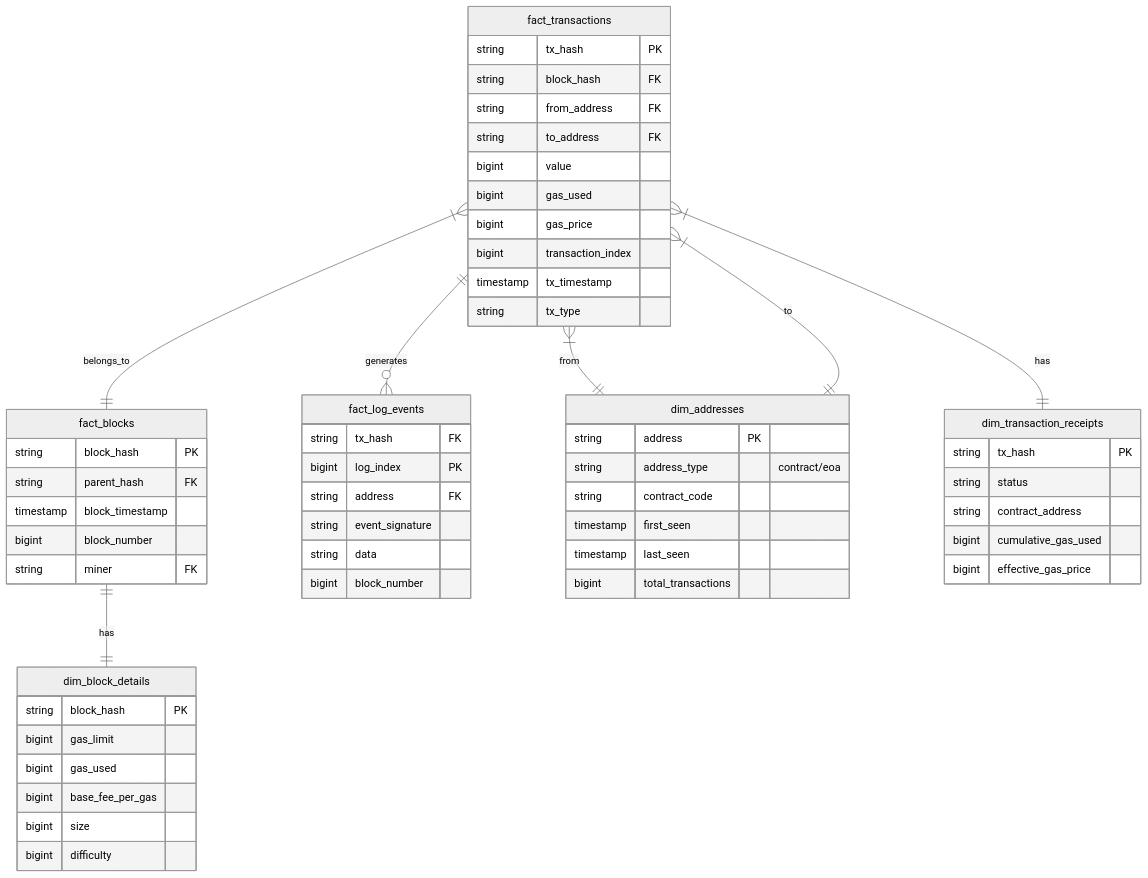
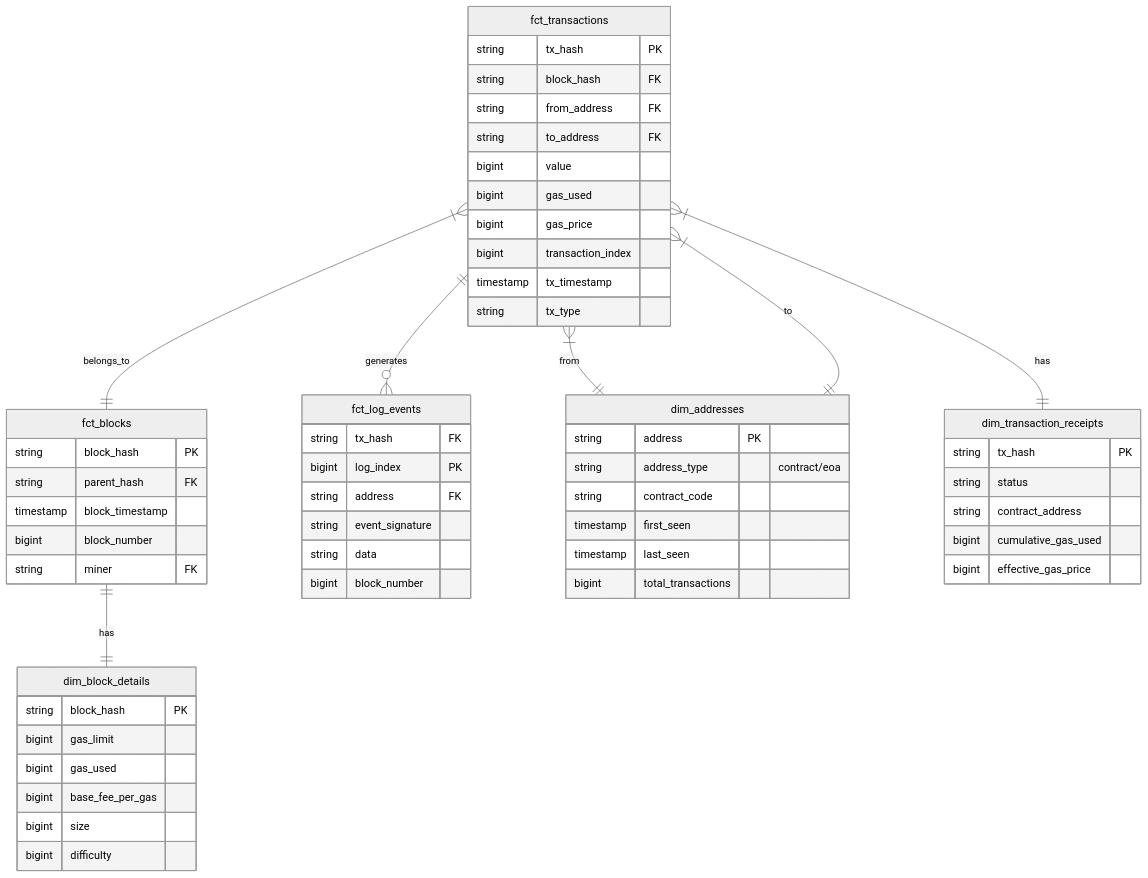
Before and after one commit to mportdata/evm-data-model: the diagram in models/layer_2_slv/silver_data_model.md, drawn with Mermaid (neutral theme). The commit also changed 13 other files, not shown here.

````diff
--- a/models/layer_2_slv/silver_data_model.md
+++ b/models/layer_2_slv/silver_data_model.md
@@ -1,68 +1,68 @@
 ```mermaid
 erDiagram
     %% Core Fact Tables
-    fact_transactions {
+    fct_transactions {
         string tx_hash PK
         string block_hash FK
         string from_address FK
         string to_address FK
         bigint value
         bigint gas_used
         bigint gas_price
         bigint transaction_index
         timestamp tx_timestamp
         string tx_type
     }
 
-    fact_blocks {
+    fct_blocks {
         string block_hash PK
         string parent_hash FK
         timestamp block_timestamp
         bigint block_number
         string miner FK
     }
 
-    fact_log_events {
+    fct_log_events {
         string tx_hash FK
         bigint log_index PK
         string address FK
         string event_signature
         string data
         bigint block_number
     }
 
     %% Dimension Tables
     dim_addresses {
         string address PK
         string address_type "contract/eoa"
         string contract_code
         timestamp first_seen
         timestamp last_seen
         bigint total_transactions
     }
 
     dim_block_details {
         string block_hash PK
         bigint gas_limit
         bigint gas_used
         bigint base_fee_per_gas
         bigint size
         bigint difficulty
     }
 
     dim_transaction_receipts {
         string tx_hash PK
         string status
         string contract_address
         bigint cumulative_gas_used
         bigint effective_gas_price
     }
 
     %% Relationships
-    fact_transactions ||--o{ fact_log_events : "generates"
-    fact_transactions }|--|| dim_transaction_receipts : "has"
-    fact_transactions }|--|| fact_blocks : "belongs_to"
-    fact_transactions }|--|| dim_addresses : "from"
-    fact_transactions }|--|| dim_addresses : "to"
-    fact_blocks ||--|| dim_block_details : "has"
+    fct_transactions ||--o{ fct_log_events : "generates"
+    fct_transactions }|--|| dim_transaction_receipts : "has"
+    fct_transactions }|--|| fct_blocks : "belongs_to"
+    fct_transactions }|--|| dim_addresses : "from"
+    fct_transactions }|--|| dim_addresses : "to"
+    fct_blocks ||--|| dim_block_details : "has"
 ``` 
````
